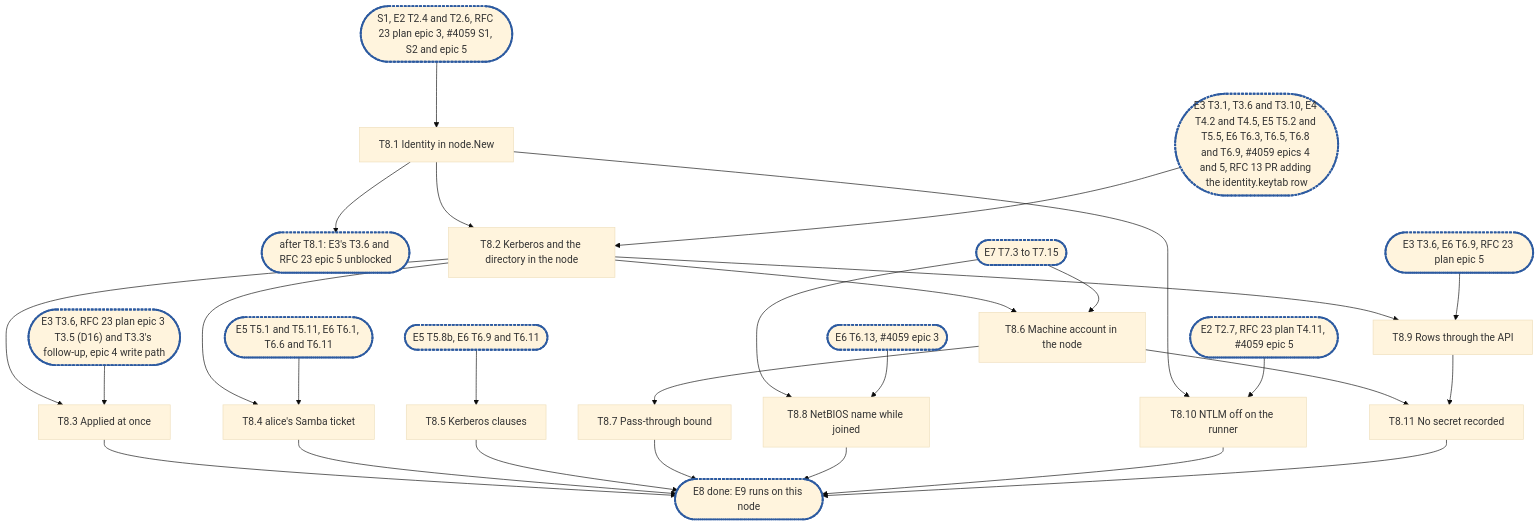
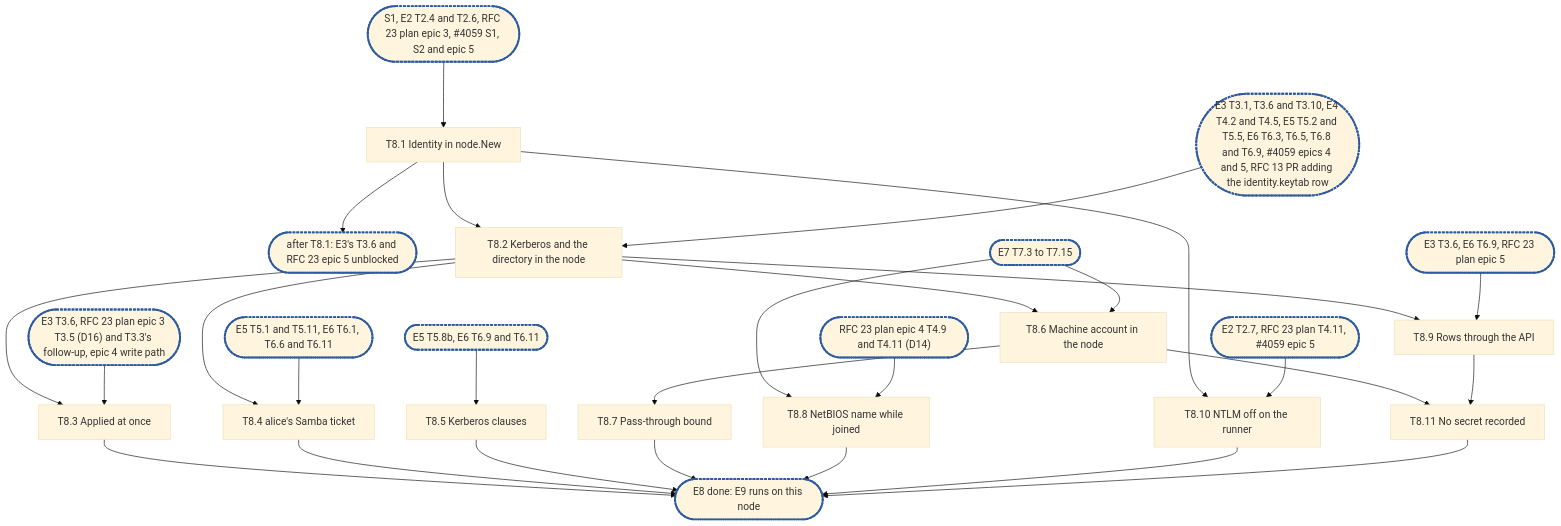
One commit to cubbit/dittofs changed the diagram in docs/internals/planning/rfc-18-identity-epic8.md. Above: the diagram before and after it, drawn with Mermaid (base theme). The commit also changed other lines of this file, not shown here.

````diff
--- a/docs/internals/planning/rfc-18-identity-epic8.md
+++ b/docs/internals/planning/rfc-18-identity-epic8.md
@@ -640,24 +656,24 @@
 ```mermaid
 flowchart TD
   X1(["S1, E2 T2.4 and T2.6, RFC 23 plan epic 3, #4059 S1, S2 and epic 5"]):::sync --> T8_1["T8.1 Identity in node.New"]
   T8_1 --> C0(["after T8.1: E3's T3.6 and RFC 23 epic 5 unblocked"]):::sync
   T8_1 --> T8_2["T8.2 Kerberos and the directory in the node"]
   X2(["E3 T3.1, T3.6 and T3.10, E4 T4.2 and T4.5, E5 T5.2 and T5.5, E6 T6.3, T6.5, T6.8 and T6.9, #4059 epics 4 and 5, RFC 13 PR adding the identity.keytab row"]):::sync --> T8_2
   T8_2 --> T8_3["T8.3 Applied at once"]
   X3(["E3 T3.6, RFC 23 plan epic 3 T3.5 (D16) and T3.3's follow-up, epic 4 write path"]):::sync --> T8_3
   T8_2 --> T8_4["T8.4 alice's Samba ticket"]
   X4(["E5 T5.1 and T5.11, E6 T6.1, T6.6 and T6.11"]):::sync --> T8_4
   X5(["E5 T5.8b, E6 T6.9 and T6.11"]):::sync --> T8_5["T8.5 Kerberos clauses"]
   T8_2 --> T8_6["T8.6 Machine account in the node"]
   X6(["E7 T7.3 to T7.15"]):::sync --> T8_6
   T8_6 --> T8_7["T8.7 Pass-through bound"]
   X6 --> T8_8["T8.8 NetBIOS name while joined"]
-  X7(["E6 T6.13, #4059 epic 3"]):::sync --> T8_8
+  X7(["RFC 23 plan epic 4 T4.9 and T4.11 (D14)"]):::sync --> T8_8
   T8_2 --> T8_9["T8.9 Rows through the API"]
   X8(["E3 T3.6, E6 T6.9, RFC 23 plan epic 5"]):::sync --> T8_9
   T8_1 --> T8_10["T8.10 NTLM off on the runner"]
   X9(["E2 T2.7, RFC 23 plan T4.11, #4059 epic 5"]):::sync --> T8_10
   T8_6 & T8_9 --> T8_11["T8.11 No secret recorded"]
   T8_3 & T8_4 & T8_5 & T8_7 & T8_8 & T8_10 & T8_11 --> C1(["E8 done: E9 runs on this node"]):::sync
   classDef sync stroke:#2c5aa0,stroke-width:3px,stroke-dasharray:4 2
 ```
````
